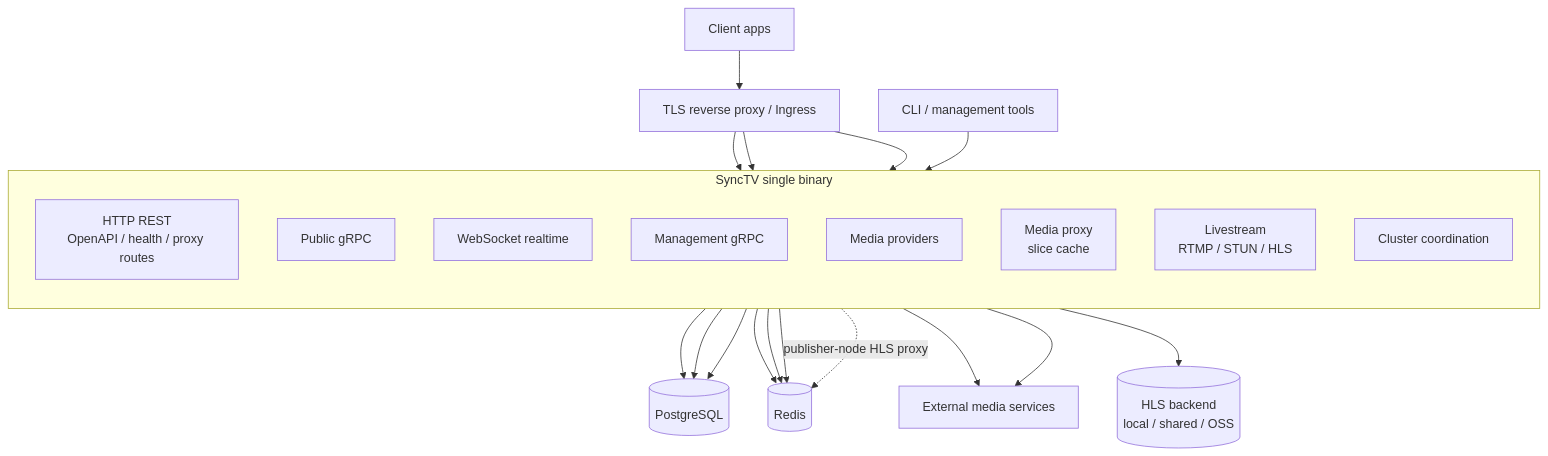
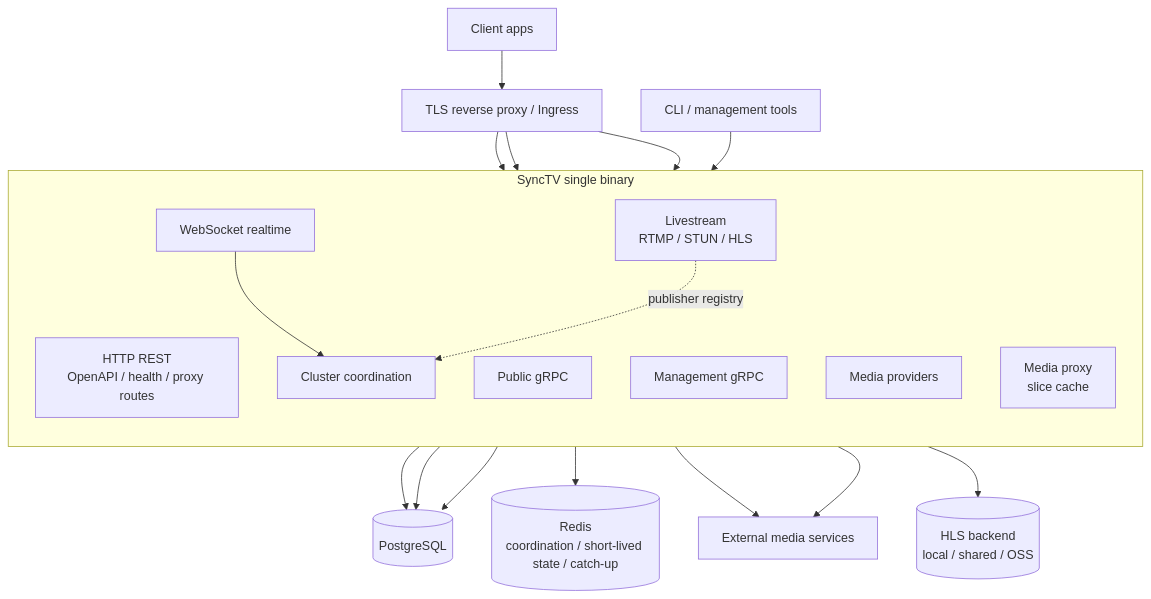
Before and after one commit to synctv-org/synctv: the diagram in docs/src/diagrams/architecture.mmd, drawn with Mermaid. The commit also changed 122 other files, not shown here.

```diff
--- a/docs/src/diagrams/architecture.mmd
+++ b/docs/src/diagrams/architecture.mmd
@@ -1,38 +1,37 @@
 flowchart TB
   Client[Client apps]
   Edge[TLS reverse proxy / Ingress]
   CLI[CLI / management tools]
 
   subgraph SyncTV["SyncTV single binary"]
     direction TB
     HTTP[HTTP REST<br/>OpenAPI / health / proxy routes]
     GRPC[Public gRPC]
     WS[WebSocket realtime]
     MGMT[Management gRPC]
     Provider[Media providers]
     Proxy[Media proxy<br/>slice cache]
     Live[Livestream<br/>RTMP / STUN / HLS]
     Cluster[Cluster coordination]
   end
 
   PG[(PostgreSQL)]
-  Redis[(Redis)]
+  Redis[(Redis<br/>coordination / short-lived state / catch-up)]
   External[External media services]
   HLS[(HLS backend<br/>local / shared / OSS)]
 
   Client --> Edge
   Edge --> HTTP
   Edge --> GRPC
   Edge --> WS
   CLI --> MGMT
 
   HTTP --> PG
   GRPC --> PG
   MGMT --> PG
-  WS --> Redis
+  WS --> Cluster
   Cluster --> Redis
   Provider --> External
   Proxy --> External
-  Proxy --> Redis
   Live --> HLS
-  Live -. publisher-node HLS proxy .-> Redis
+  Live -. publisher registry .-> Cluster
```
